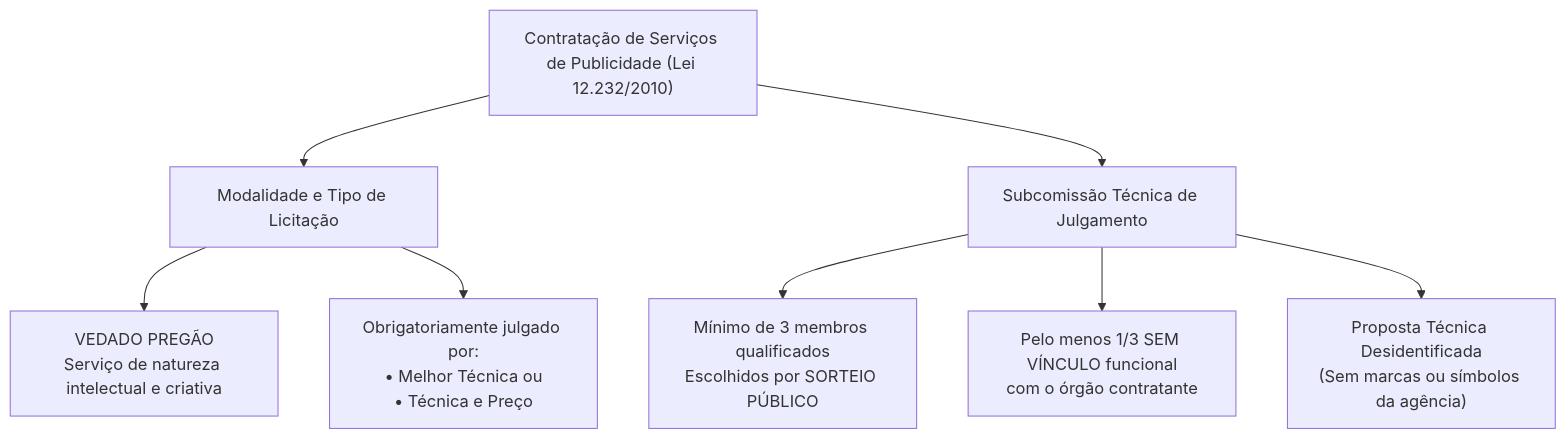
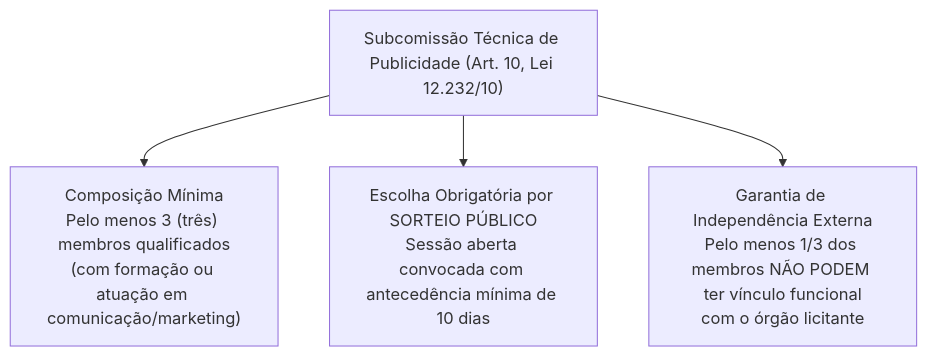
Before and after one commit to thiagosantos346/TCE-GO-2027: the third of 3 diagrams in fontes_de_estudo/conhecimentos_especificos_a01_tecnico_administrativo/15_nocoes_de_direito_administrativo/06_acesso_a_informacao_e_contratos_publicidade.md, drawn with Mermaid. The commit also changed other lines of this file and 119 other files, not shown here.

````diff
--- a/fontes_de_estudo/conhecimentos_especificos_a01_tecnico_administrativo/15_nocoes_de_direito_administrativo/06_acesso_a_informacao_e_contratos_publicidade.md
+++ b/fontes_de_estudo/conhecimentos_especificos_a01_tecnico_administrativo/15_nocoes_de_direito_administrativo/06_acesso_a_informacao_e_contratos_publicidade.md
@@ -104,10 +159,10 @@
 ```mermaid
 flowchart TD
-    PUB["Contratação de Serviços de Publicidade (Lei 12.232/2010)"] --> MOD["Modalidade e Tipo de Licitação"]
-    MOD --> VED["VEDADO PREGÃO<br/>Serviço de natureza intelectual e criativa"]
-    MOD --> TIPO["Obrigatoriamente julgado por:<br/>• Melhor Técnica ou<br/>• Técnica e Preço"]
-    PUB --> SUB["Subcomissão Técnica de Julgamento"]
-    SUB --> MEM["Mínimo de 3 membros qualificados<br/>Escolhidos por SORTEIO PÚBLICO"]
-    SUB --> IMP["Pelo menos 1/3 SEM VÍNCULO funcional<br/>com o órgão contratante"]
-    SUB --> APOC["Proposta Técnica Desidentificada<br/>(Sem marcas ou símbolos da agência)"]
+    SUB["Subcomissão Técnica de Publicidade (Art. 10, Lei 12.232/10)"]
+    
+    SUB --> COMP["Composição Mínima<br/>Pelo menos 3 (três) membros qualificados<br/>(com formação ou atuação em comunicação/marketing)"]
+    
+    SUB --> SORTEIO["Escolha Obrigatória por SORTEIO PÚBLICO<br/>Sessão aberta convocada com antecedência mínima de 10 dias"]
+    
+    SUB --> INDEP["Garantia de Independência Externa<br/>Pelo menos 1/3 dos membros NÃO PODEM ter vínculo funcional<br/>com o órgão licitante"]
 ```
````
